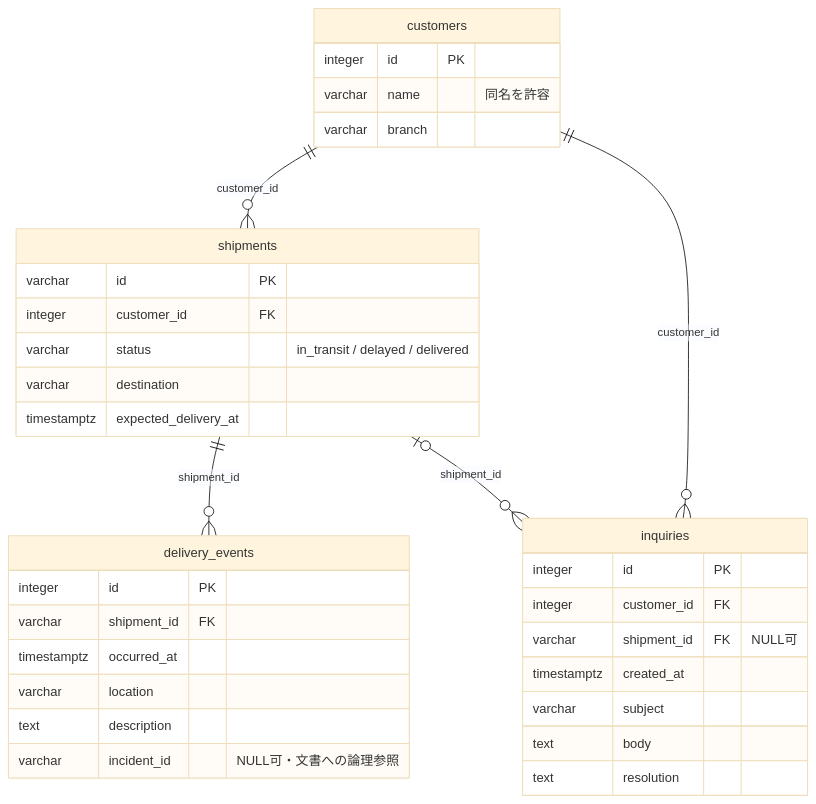
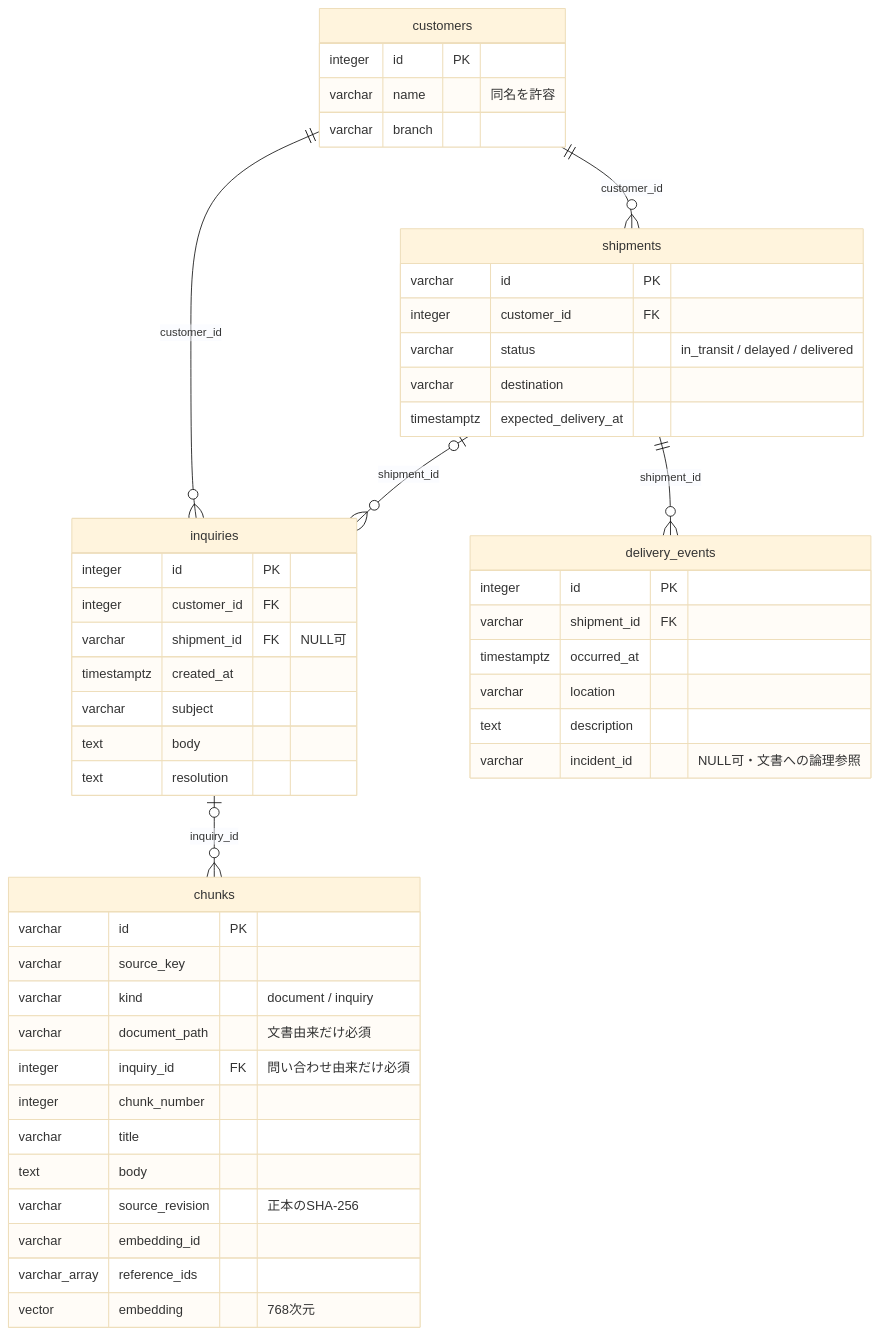
Before and after one commit to philippos2/logi-scope: the diagram in docs/database-schema.md, drawn with Mermaid (base theme). The commit also changed other lines of this file and 22 other files, not shown here.

````diff
--- a/docs/database-schema.md
+++ b/docs/database-schema.md
@@ -7,37 +7,52 @@
 ```mermaid
 erDiagram
     customers ||--o{ shipments : customer_id
     customers ||--o{ inquiries : customer_id
     shipments ||--o{ delivery_events : shipment_id
     shipments |o--o{ inquiries : shipment_id
+    inquiries |o--o{ chunks : inquiry_id
 
+    chunks {
+        varchar id PK
+        varchar source_key
+        varchar kind "document / inquiry"
+        varchar document_path "文書由来だけ必須"
+        integer inquiry_id FK "問い合わせ由来だけ必須"
+        integer chunk_number
+        varchar title
+        text body
+        varchar source_revision "正本のSHA-256"
+        varchar embedding_id
+        varchar_array reference_ids
+        vector embedding "768次元"
+    }
     customers {
         integer id PK
         varchar name "同名を許容"
         varchar branch
     }
     shipments {
         varchar id PK
         integer customer_id FK
         varchar status "in_transit / delayed / delivered"
         varchar destination
         timestamptz expected_delivery_at
     }
     delivery_events {
         integer id PK
         varchar shipment_id FK
         timestamptz occurred_at
         varchar location
         text description
         varchar incident_id "NULL可・文書への論理参照"
     }
     inquiries {
         integer id PK
         integer customer_id FK
         varchar shipment_id FK "NULL可"
         timestamptz created_at
         varchar subject
         text body
         text resolution
     }
 ```
````
